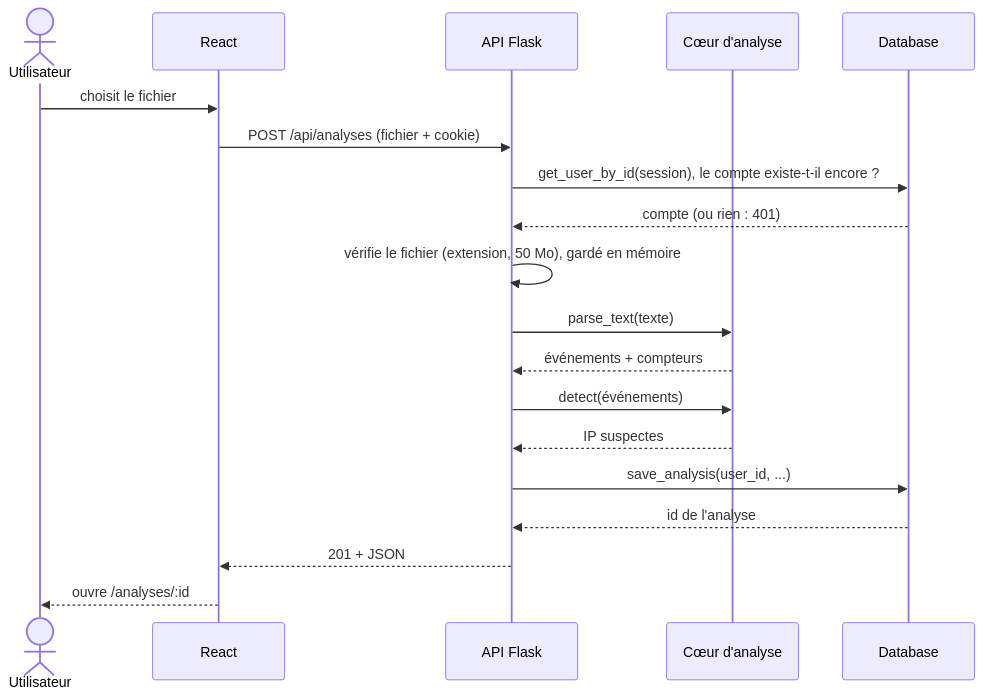
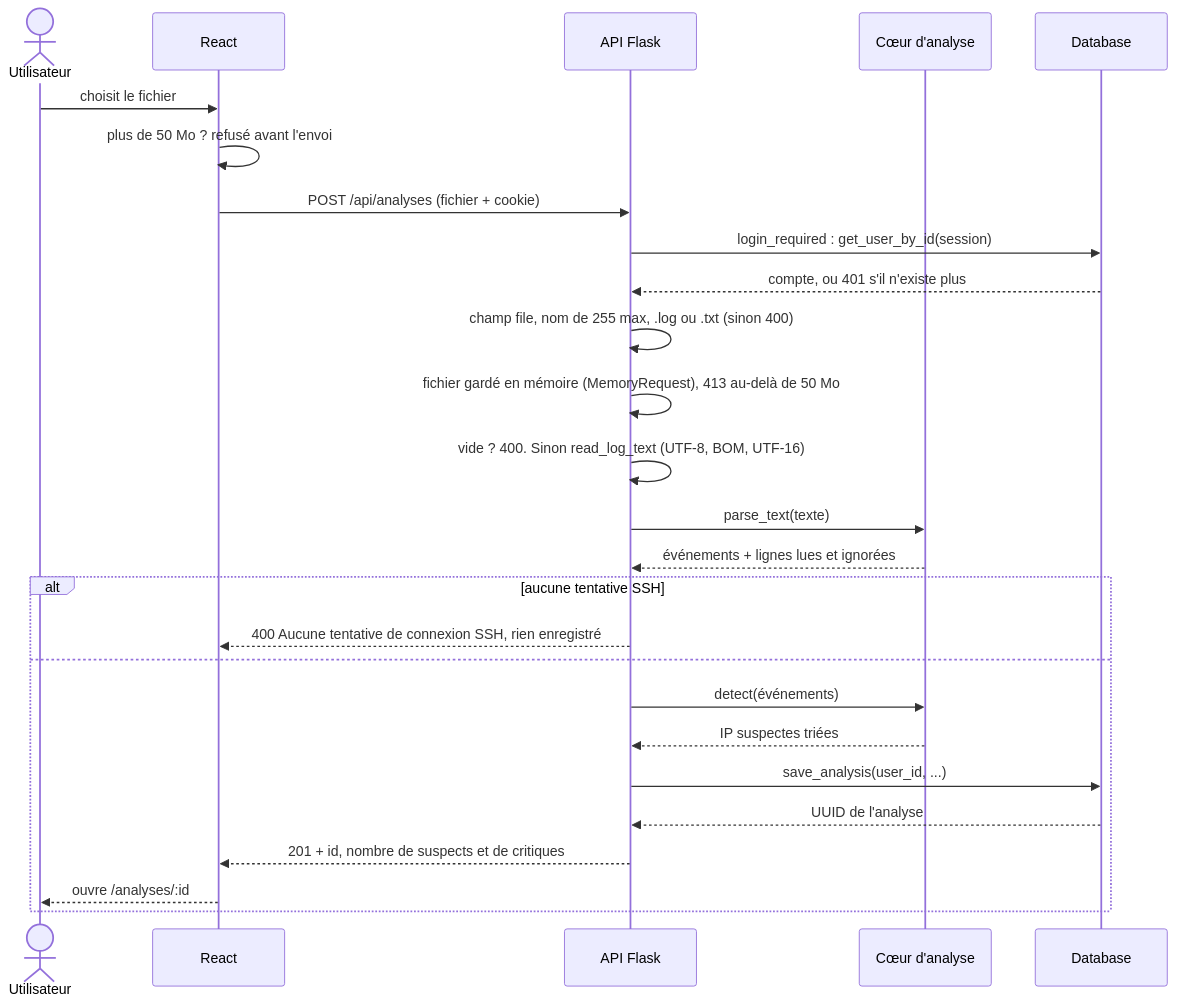
One commit to anil-akr/sentinelssh changed the sixth of 11 diagrams in docs/diagrammes.md. Above: the diagram before and after it, drawn with Mermaid. The commit also changed other lines of this file and 17 other files, not shown here.

Commit message:
docs: refresh README, API reference, diagrams, decisions and test report

````diff
--- a/docs/diagrammes.md
+++ b/docs/diagrammes.md
@@ -196,22 +268,29 @@
 ```mermaid
 sequenceDiagram
     actor U as Utilisateur
     participant R as React
     participant A as API Flask
     participant C as Cœur d'analyse
     participant D as Database
 
     U->>R: choisit le fichier
+    R->>R: plus de 50 Mo ? refusé avant l'envoi
     R->>A: POST /api/analyses (fichier + cookie)
-    A->>D: get_user_by_id(session), le compte existe-t-il encore ?
-    D-->>A: compte (ou rien : 401)
-    A->>A: vérifie le fichier (extension, 50 Mo), gardé en mémoire
+    A->>D: login_required : get_user_by_id(session)
+    D-->>A: compte, ou 401 s'il n'existe plus
+    A->>A: champ file, nom de 255 max, .log ou .txt (sinon 400)
+    A->>A: fichier gardé en mémoire (MemoryRequest), 413 au-delà de 50 Mo
+    A->>A: vide ? 400. Sinon read_log_text (UTF-8, BOM, UTF-16)
     A->>C: parse_text(texte)
-    C-->>A: événements + compteurs
-    A->>C: detect(événements)
-    C-->>A: IP suspectes
-    A->>D: save_analysis(user_id, ...)
-    D-->>A: id de l'analyse
-    A-->>R: 201 + JSON
-    R-->>U: ouvre /analyses/:id
+    C-->>A: événements + lignes lues et ignorées
+    alt aucune tentative SSH
+        A-->>R: 400 Aucune tentative de connexion SSH, rien enregistré
+    else
+        A->>C: detect(événements)
+        C-->>A: IP suspectes triées
+        A->>D: save_analysis(user_id, ...)
+        D-->>A: UUID de l'analyse
+        A-->>R: 201 + id, nombre de suspects et de critiques
+        R-->>U: ouvre /analyses/:id
+    end
 ```
````
